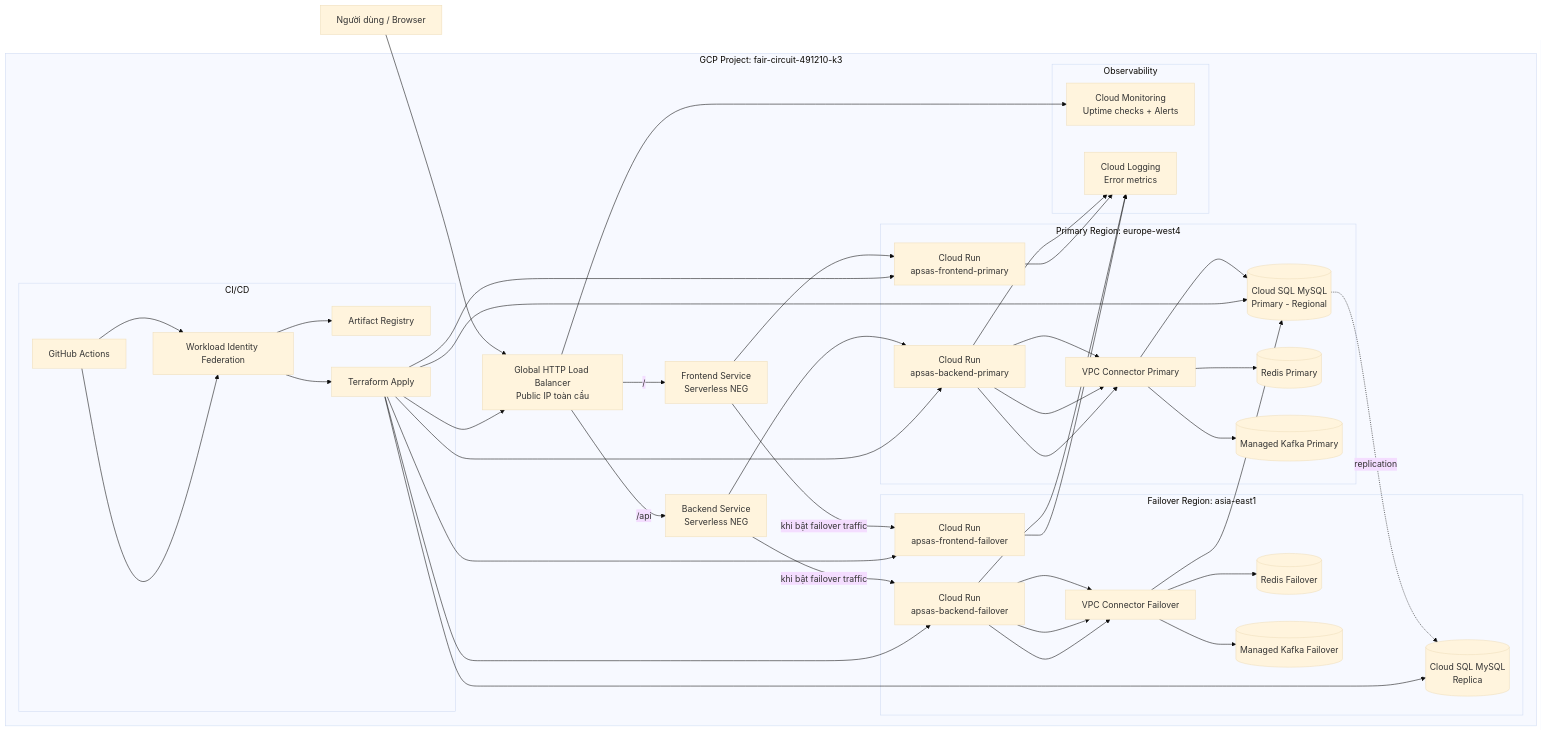
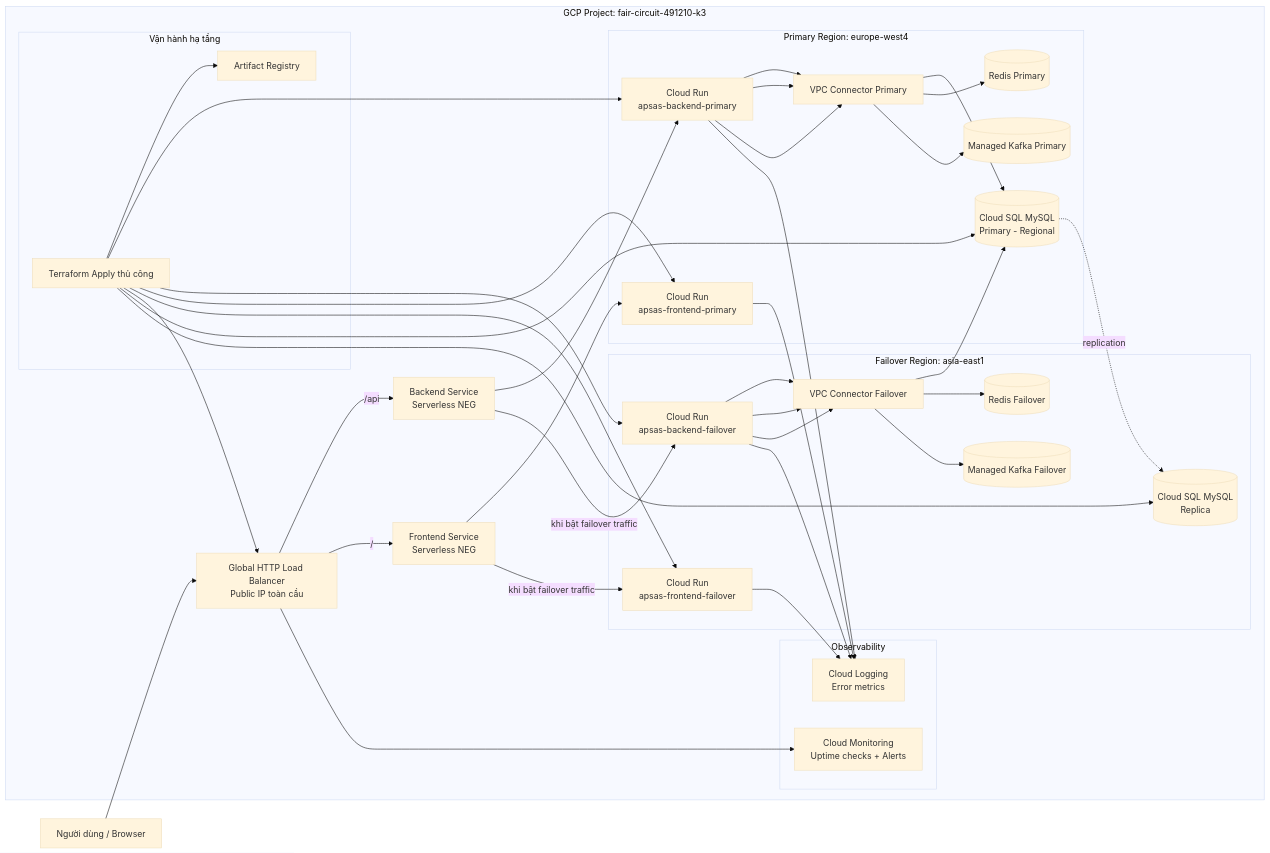
One commit to nguyentrongduc2005/Cloud-Platform-Automated-Failover changed the diagram in docs/CLOUD_SYSTEM_DIAGRAM.md. Above: the diagram before and after it, drawn with Mermaid (base theme). The commit also changed other lines of this file and 23 other files, not shown here.

````diff
--- a/docs/CLOUD_SYSTEM_DIAGRAM.md
+++ b/docs/CLOUD_SYSTEM_DIAGRAM.md
@@ -7,70 +7,67 @@
 ```mermaid
 flowchart LR
     U[Người dùng / Browser] --> LB[Global HTTP Load Balancer\nPublic IP toàn cầu]
 
     subgraph GCP[GCP Project: fair-circuit-491210-k3]
         LB -->|/api| BEBS[Backend Service\nServerless NEG]
         LB -->|/| FEBS[Frontend Service\nServerless NEG]
 
         subgraph R1[Primary Region: europe-west4]
             BEP[Cloud Run\napsas-backend-primary]
             FEP[Cloud Run\napsas-frontend-primary]
             DBP[(Cloud SQL MySQL\nPrimary - Regional)]
             RP[(Redis Primary)]
             KP[(Managed Kafka Primary)]
             VPCC1[VPC Connector Primary]
         end
 
         subgraph R2[Failover Region: asia-east1]
             BEF[Cloud Run\napsas-backend-failover]
             FEF[Cloud Run\napsas-frontend-failover]
             DBR[(Cloud SQL MySQL\nReplica)]
             RF[(Redis Failover)]
             KF[(Managed Kafka Failover)]
             VPCC2[VPC Connector Failover]
         end
 
         BEBS --> BEP
         BEBS -->|khi bật failover traffic| BEF
         FEBS --> FEP
         FEBS -->|khi bật failover traffic| FEF
 
         BEP --> VPCC1 --> DBP
         BEP --> VPCC1 --> RP
         BEP --> VPCC1 --> KP
 
         BEF --> VPCC2 --> DBP
         BEF --> VPCC2 --> RF
         BEF --> VPCC2 --> KF
 
         DBP -. replication .-> DBR
 
         subgraph OBS[Observability]
             MON[Cloud Monitoring\nUptime checks + Alerts]
             LOG[Cloud Logging\nError metrics]
         end
 
         BEP --> LOG
         BEF --> LOG
         FEP --> LOG
         FEF --> LOG
         LB --> MON
 
-        subgraph CICD[CI/CD]
-            GH[GitHub Actions]
-            WIF[Workload Identity Federation]
+        subgraph OPS[Vận hành hạ tầng]
             AR[Artifact Registry]
-            TF[Terraform Apply]
+            TF[Terraform Apply thủ công]
         end
 
-        GH --> WIF --> AR
-        GH --> WIF --> TF
+        TF --> AR
         TF --> BEP
         TF --> BEF
         TF --> FEP
         TF --> FEF
         TF --> LB
         TF --> DBP
         TF --> DBR
     end
 ```
````
